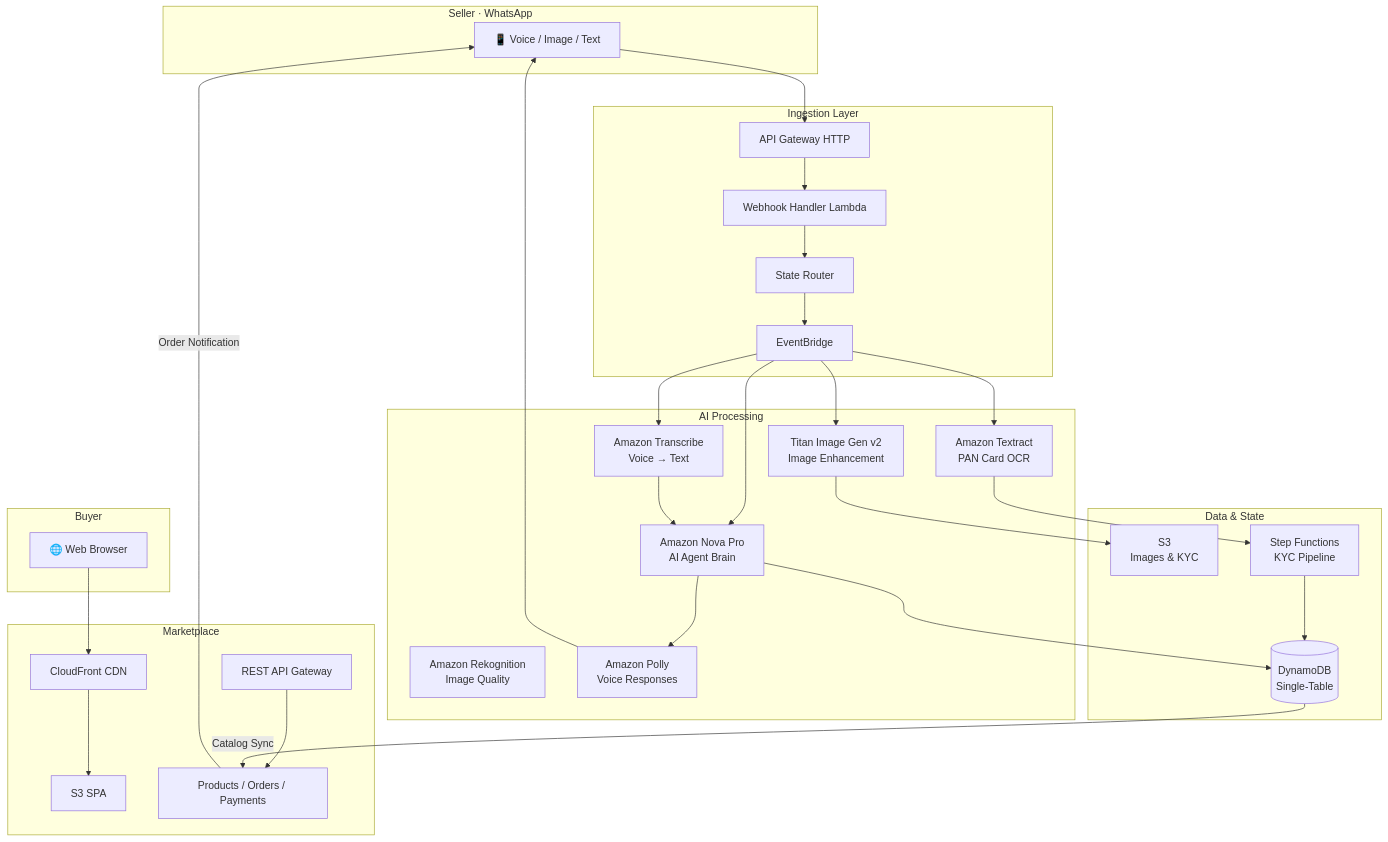
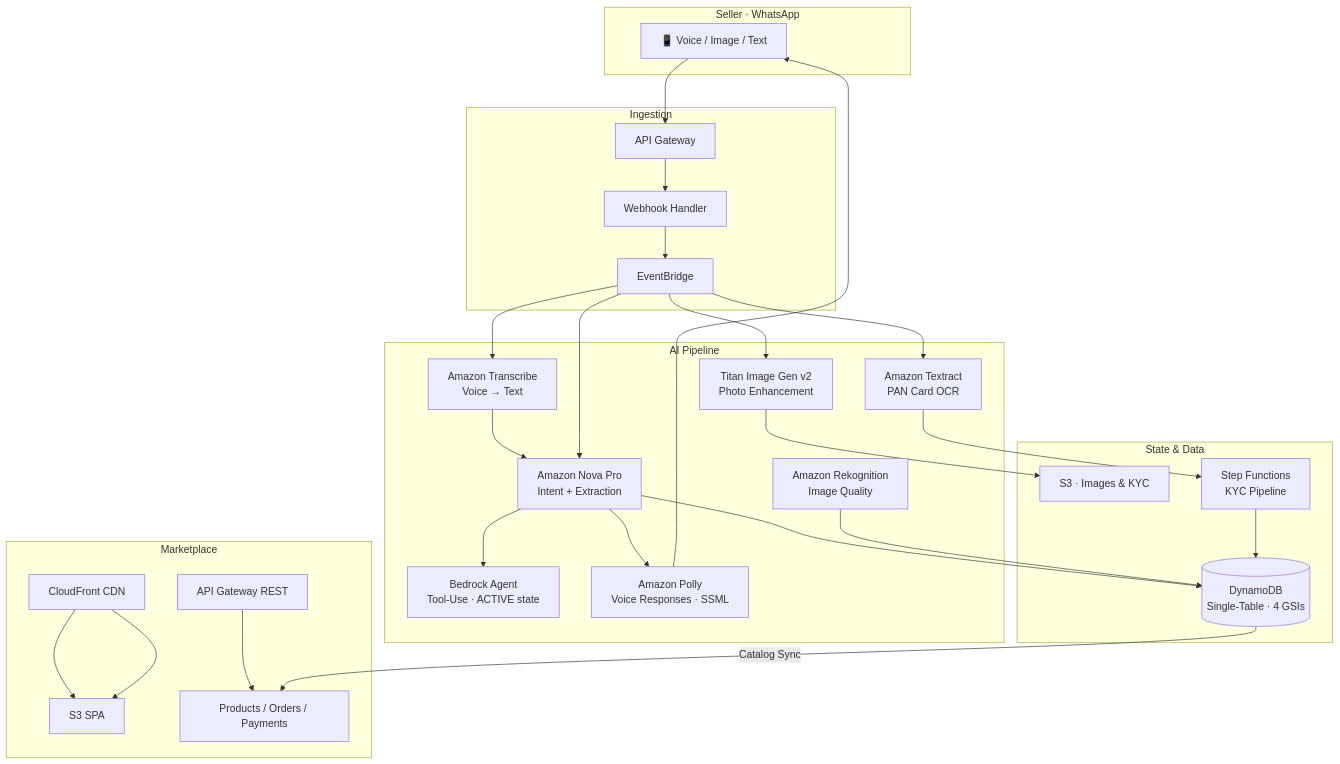
The first of 2 diagrams in README.md (decode-soumyadipta/AWS_Bharat), drawn with Mermaid before and after one commit. The commit also changed other lines of this file and 3 other files, not shown here.

````diff
--- a/README.md
+++ b/README.md
@@ -42,52 +40,45 @@
 ```mermaid
 graph TB
     subgraph "Seller · WhatsApp"
         S1[📱 Voice / Image / Text]
     end
 
-    subgraph "Ingestion Layer"
-        A1[API Gateway HTTP] --> A2[Webhook Handler Lambda]
-        A2 --> A3[State Router]
-        A3 --> A4[EventBridge]
+    subgraph "Ingestion"
+        A1[API Gateway] --> A2[Webhook Handler]
+        A2 --> A3[EventBridge]
     end
 
-    subgraph "AI Processing"
+    subgraph "AI Pipeline"
         B1[Amazon Transcribe<br/>Voice → Text]
-        B2[Amazon Nova Pro<br/>AI Agent Brain]
-        B3[Titan Image Gen v2<br/>Image Enhancement]
-        B4[Amazon Textract<br/>PAN Card OCR]
-        B5[Amazon Rekognition<br/>Image Quality]
-        B6[Amazon Polly<br/>Voice Responses]
+        B2[Amazon Nova Pro<br/>Intent + Extraction]
+        B3[Bedrock Agent<br/>Tool-Use · ACTIVE state]
+        B4[Titan Image Gen v2<br/>Photo Enhancement]
+        B5[Amazon Textract<br/>PAN Card OCR]
+        B6[Amazon Rekognition<br/>Image Quality]
+        B7[Amazon Polly<br/>Voice Responses · SSML]
     end
 
-    subgraph "Data & State"
-        C1[(DynamoDB<br/>Single-Table)]
-        C2[S3<br/>Images & KYC]
+    subgraph "State & Data"
+        C1[(DynamoDB<br/>Single-Table · 4 GSIs)]
+        C2[S3 · Images & KYC]
         C3[Step Functions<br/>KYC Pipeline]
     end
 
     subgraph "Marketplace"
         D1[CloudFront CDN] --> D2[S3 SPA]
-        D3[REST API Gateway] --> D4[Products / Orders / Payments]
-    end
-
-    subgraph "Buyer"
-        E1[🌐 Web Browser]
+        D3[API Gateway REST] --> D4[Products / Orders / Payments]
     end
 
     S1 --> A1
-    A4 --> B1
-    A4 --> B2
-    A4 --> B3
-    A4 --> B4
-    B1 --> B2
+    A3 --> B1 --> B2
+    A3 --> B2
+    A3 --> B4
+    A3 --> B5 --> C3 --> C1
+    B2 --> B3
     B2 --> C1
-    B3 --> C2
-    B4 --> C3
-    C3 --> C1
-    B2 --> B6
-    B6 --> S1
+    B4 --> C2
+    B6 --> C1
+    B2 --> B7 --> S1
     C1 -->|Catalog Sync| D4
-    E1 --> D1
-    D4 -->|Order Notification| S1
+    D1 --> D2
 ```
````
